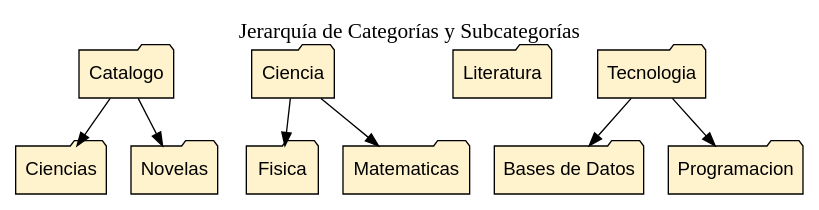
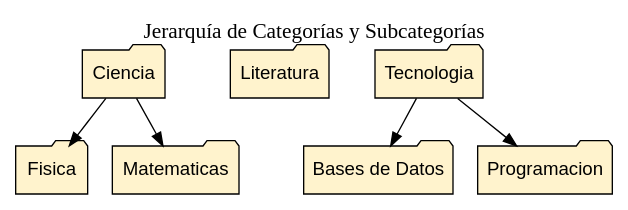
One commit to 4064998100101-cell/IPC2_Proy02_202602_202504191 changed the diagram in Proyecto2/wwwroot/cat_temp.dot. Above: the diagram before and after it, drawn with Graphviz. The commit also changed 4 other files, not shown here.

```diff
--- a/Proyecto2/wwwroot/cat_temp.dot
+++ b/Proyecto2/wwwroot/cat_temp.dot
@@ -1,23 +1,18 @@
 digraph Categorias {
    node [shape=folder, style="rounded,filled", fillcolor="#fff3cd", fontname="Arial"];
    edge [fontname="Arial"];
    label="Jerarquía de Categorías y Subcategorías\n";
    labelloc="top";
    fontsize=16;
-   cat_Catalogo [label="Catalogo"];
-   cat_Catalogo -> cat_Ciencias;
-   cat_Ciencias [label="Ciencias"];
-   cat_Catalogo -> cat_Novelas;
-   cat_Novelas [label="Novelas"];
    cat_Ciencia [label="Ciencia"];
    cat_Ciencia -> cat_Fisica;
    cat_Fisica [label="Fisica"];
    cat_Ciencia -> cat_Matematicas;
    cat_Matematicas [label="Matematicas"];
    cat_Literatura [label="Literatura"];
    cat_Tecnologia [label="Tecnologia"];
    cat_Tecnologia -> cat_Bases_de_Datos;
    cat_Bases_de_Datos [label="Bases de Datos"];
    cat_Tecnologia -> cat_Programacion;
    cat_Programacion [label="Programacion"];
 }
```
